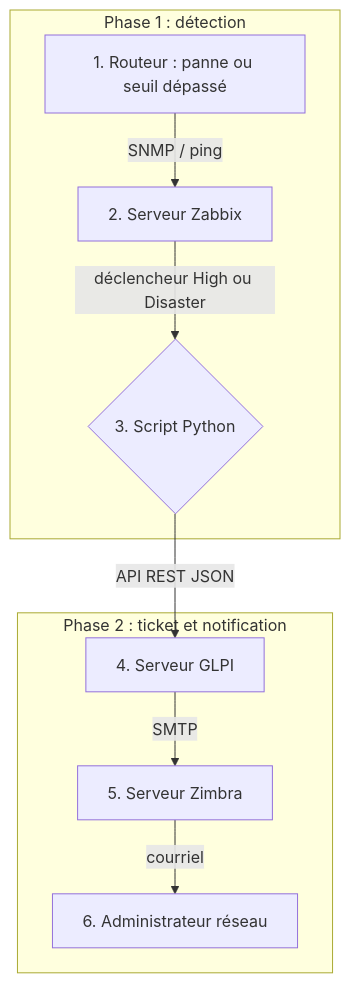
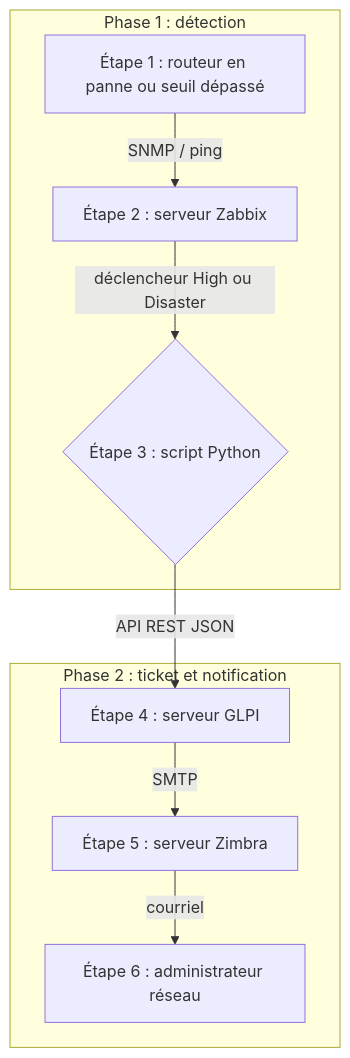
Before and after one commit to Bazeeza/webdingo-noc-lab: the diagram in 07-automation-python/README.md, drawn with Mermaid.

Commit message:
Prefix alert flow steps with Etape so GitHub does not render Mermaid labels as lists

````diff
--- a/07-automation-python/README.md
+++ b/07-automation-python/README.md
@@ -12,12 +12,12 @@
 ```mermaid
 flowchart TB
     subgraph P1[Phase 1 : détection]
-      A[1. Routeur : panne ou seuil dépassé] -- SNMP / ping --> B[2. Serveur Zabbix]
-      B -- déclencheur High ou Disaster --> C{3. Script Python}
+      A[Étape 1 : routeur en panne ou seuil dépassé] -- SNMP / ping --> B[Étape 2 : serveur Zabbix]
+      B -- déclencheur High ou Disaster --> C{Étape 3 : script Python}
     end
     subgraph P2[Phase 2 : ticket et notification]
-      C -- API REST JSON --> D[4. Serveur GLPI]
-      D -- SMTP --> E[5. Serveur Zimbra]
-      E -- courriel --> F[6. Administrateur réseau]
+      C -- API REST JSON --> D[Étape 4 : serveur GLPI]
+      D -- SMTP --> E[Étape 5 : serveur Zimbra]
+      E -- courriel --> F[Étape 6 : administrateur réseau]
     end
 ```
````
